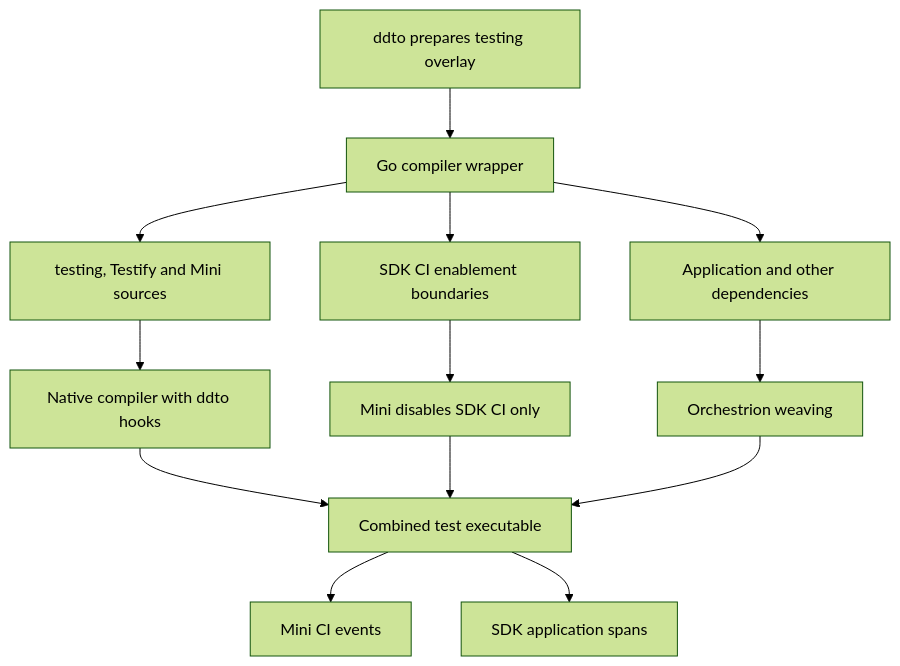
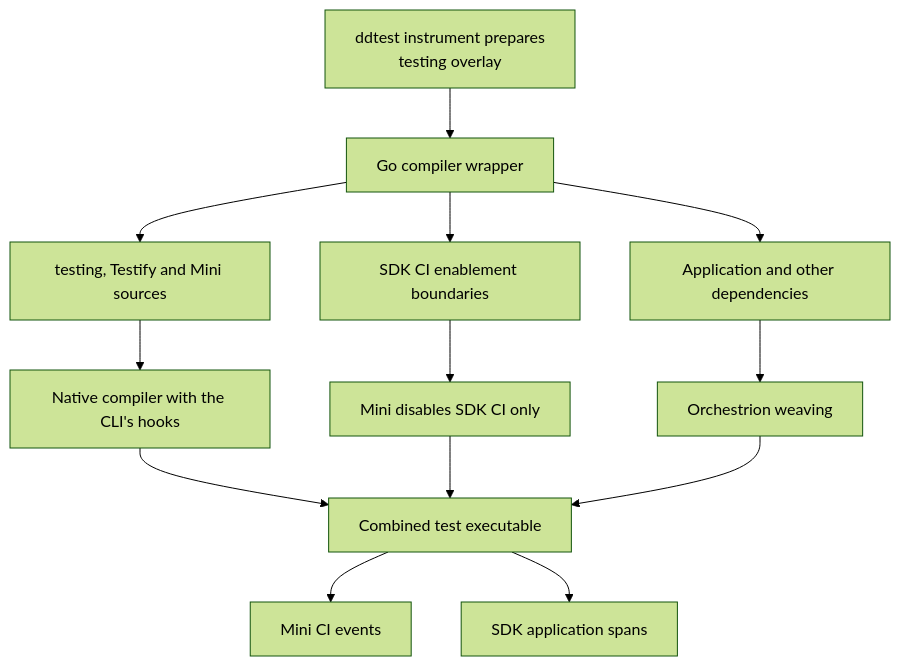
One commit to DataDog/ddtest changed the diagram in ddto/docs/orchestrion.md. Above: the diagram before and after it, drawn with Mermaid (forest theme). The commit also changed other lines of this file and 20 other files, not shown here.

First line of the commit message:
Use ddtest instrument in ddto's guides and records

````diff
--- a/ddto/docs/orchestrion.md
+++ b/ddto/docs/orchestrion.md
@@ -76,15 +76,15 @@
 ```mermaid
 flowchart TD
-    CLI["ddto prepares testing overlay"] --> Tools["Go compiler wrapper"]
+    CLI["ddtest instrument prepares<br/>testing overlay"] --> Tools["Go compiler wrapper"]
     Tools --> Owned["testing, Testify and Mini sources"]
-    Owned --> Native["Native compiler with ddto hooks"]
+    Owned --> Native["Native compiler with the CLI's hooks"]
     Tools --> SDK["SDK CI enablement boundaries"]
     SDK --> Guard["Mini disables SDK CI only"]
     Tools --> App["Application and other dependencies"]
     App --> Orch["Orchestrion weaving"]
     Native --> Binary["Combined test executable"]
     Guard --> Binary
     Orch --> Binary
     Binary --> CI["Mini CI events"]
     Binary --> APM["SDK application spans"]
 ```
````
